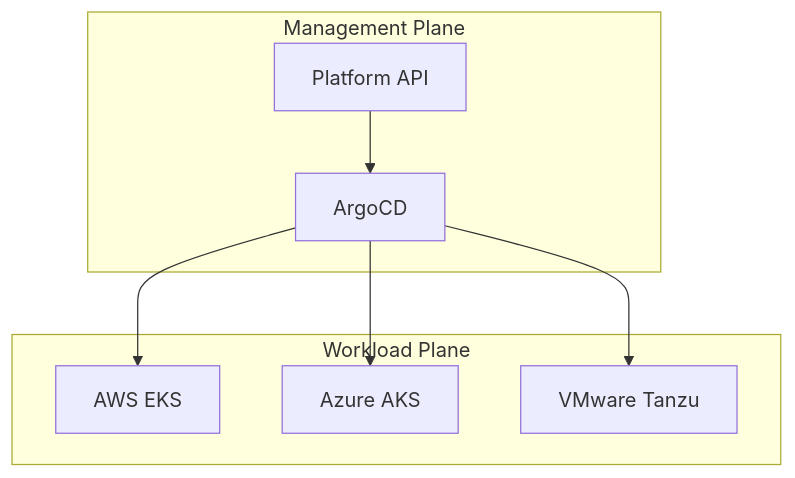
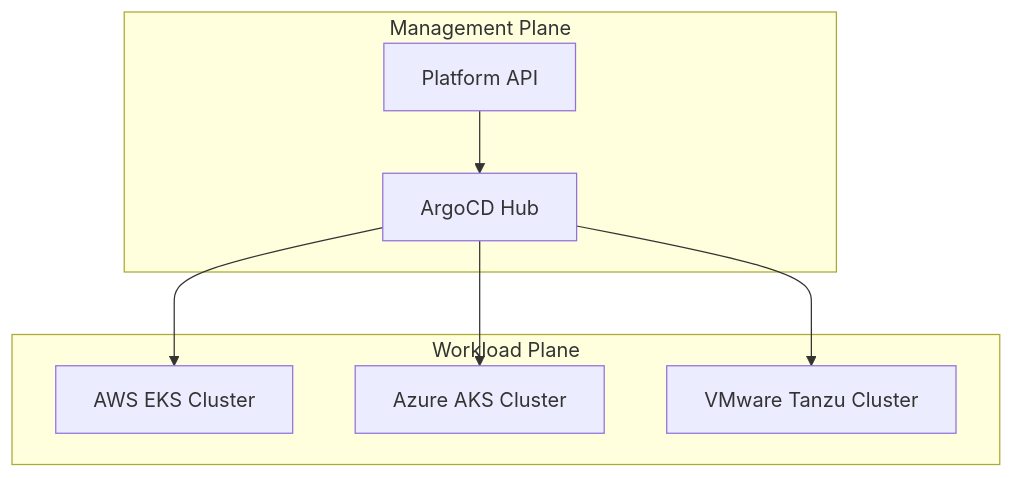
One commit to Devopstrio/hybrid-kubernetes-pattern changed the first of 30 diagrams in README.md. Above: the diagram before and after it, drawn with Mermaid. The commit also changed other lines of this file, not shown here.

Commit message:
docs: finalize premium institutional-grade README with 30+ diagrams and executive summary

````diff
--- a/README.md
+++ b/README.md
@@ -27,16 +60,16 @@
 ```mermaid
 graph TD
     subgraph "Management Plane"
         API[Platform API]
-        GitOps[ArgoCD]
+        GitOps[ArgoCD Hub]
     end
     subgraph "Workload Plane"
-        EKS[AWS EKS]
-        AKS[Azure AKS]
-        VMW[VMware Tanzu]
+        EKS[AWS EKS Cluster]
+        AKS[Azure AKS Cluster]
+        VMW[VMware Tanzu Cluster]
     end
     API --> GitOps
     GitOps --> EKS
     GitOps --> AKS
     GitOps --> VMW
 ```
````
